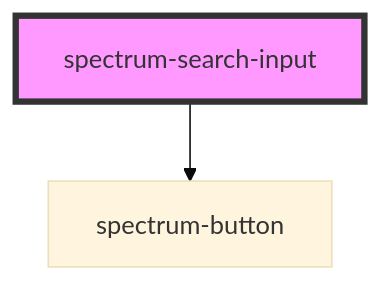
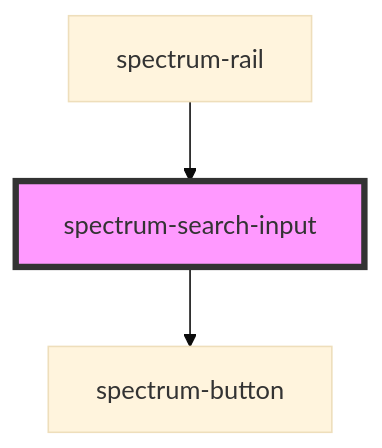
The diagram in packages/core/src/components/spectrum-search-input/readme.md (emamirelar/spectrum), drawn with Mermaid (base theme) before and after one commit. The commit also changed other lines of this file and 29 other files, not shown here.

````diff
--- a/packages/core/src/components/spectrum-search-input/readme.md
+++ b/packages/core/src/components/spectrum-search-input/readme.md
@@ -42,5 +47,6 @@
 ```mermaid
 graph TD;
   spectrum-search-input --> spectrum-button
+  spectrum-rail --> spectrum-search-input
   style spectrum-search-input fill:#f9f,stroke:#333,stroke-width:4px
 ```
````
